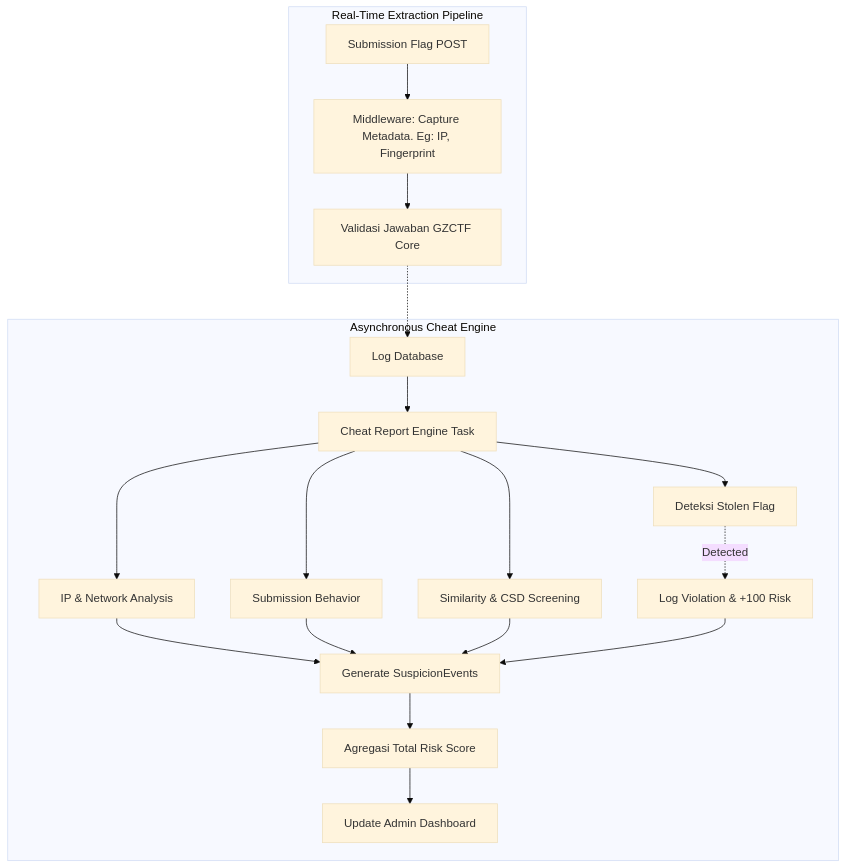
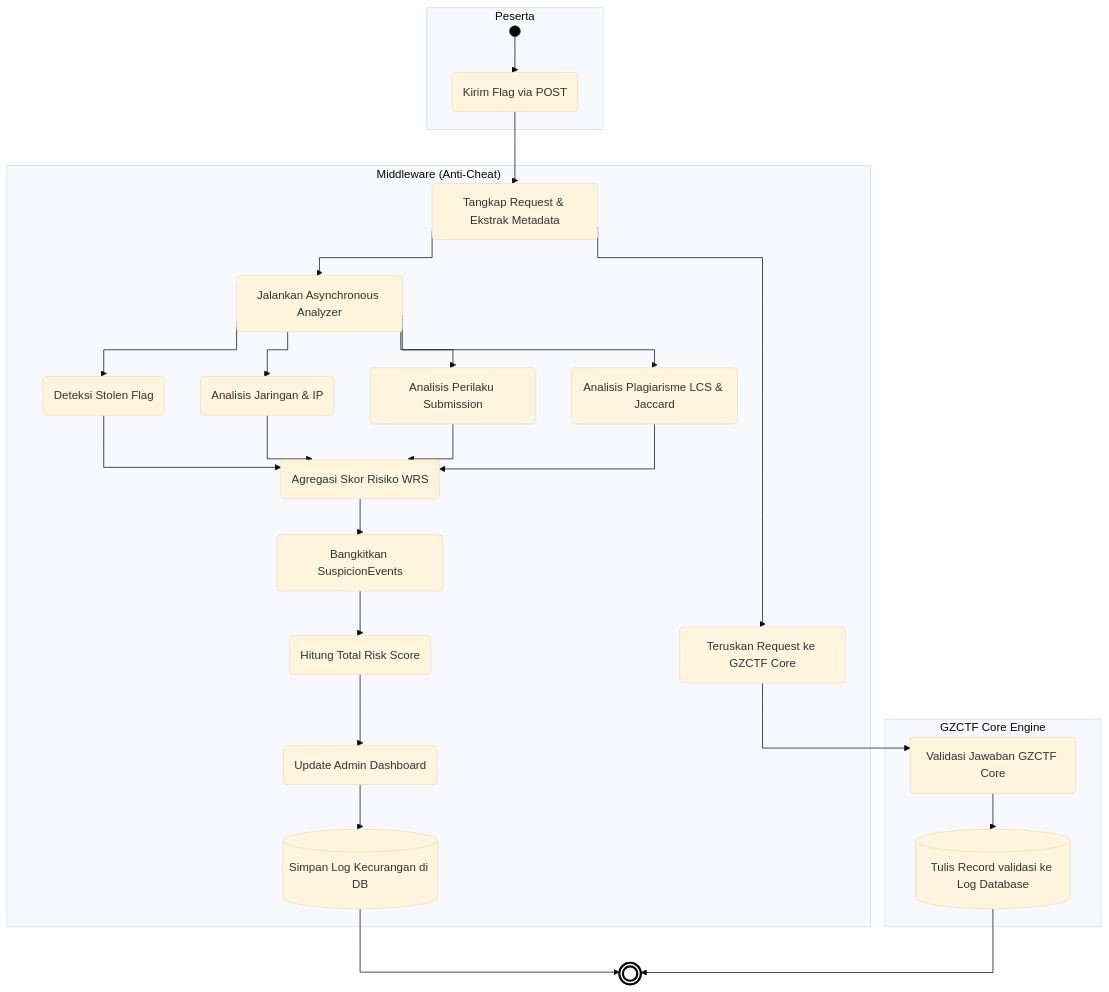
Before and after one commit to dimasma0305/proposal-skripsi: the fifth of 10 diagrams in index.qmd, drawn with Mermaid (base theme). The commit also changed other lines of this file and 1 other file, not shown here.

Commit message:
docs: Add detailed explanations for mathematical formulas and refine Mermaid diagram styling and structure.

````diff
--- a/index.qmd
+++ b/index.qmd
@@ -414,29 +510,45 @@
 ```{mermaid}
 %%| fig-cap: "Activity Diagram Alur Deteksi Kecurangan"
 %%| fig-width: 6.5
 %%| label: fig-activity
+%%{init: {"flowchart": {"curve": "stepBefore"}}}%%
 flowchart TD
-    subgraph RealTime [Real-Time Extraction Pipeline]
-        Submit[Submission Flag POST] --> Middleware[Middleware: Capture Metadata. Eg: IP, Fingerprint]
-        Middleware --> Logic[Validasi Jawaban GZCTF Core]
-    end
-
-    subgraph AsyncEngine [Asynchronous Cheat Engine]
-        Logs[Log Database] --> Analyzer[Cheat Report Engine Task]
-        Analyzer --> CheckStolen[Deteksi Stolen Flag]
-        CheckStolen -.->|Detected| Violations[Log Violation & +100 Risk]
-        Analyzer --> Network[IP & Network Analysis]
-        Analyzer --> Behavior[Submission Behavior]
-        Analyzer --> Plagiarism[Similarity & CSD Screening]
-        
-        Network --> Events[Generate SuspicionEvents]
-        Behavior --> Events
-        Plagiarism --> Events
-        Violations --> Events
-        
-        Events --> RiskCalc[Agregasi Total Risk Score]
-        RiskCalc --> Dashboard[Update Admin Dashboard]
+    classDef startEnd fill:#000,stroke:#333,color:#fff,shape:circle;
+    classDef final fill:#fff,stroke:#000,stroke-width:3px;
+    
+    Start(( )):::startEnd
+    End((( ))):::final
+    
+    subgraph Peserta
+        Start --> Submit(Kirim Flag via POST)
     end
     
-    Logic -.-> Logs
+    subgraph Middleware["Middleware (Anti-Cheat)"]
+        Submit --> Intercept(Tangkap Request & Ekstrak Metadata)
+        Intercept --> AsyncAnalyze(Jalankan Asynchronous Analyzer)
+        Intercept --> Forward(Teruskan Request ke GZCTF Core)
+        
+        AsyncAnalyze --> CekStolen(Deteksi Stolen Flag)
+        AsyncAnalyze --> CekNetwork(Analisis Jaringan & IP)
+        AsyncAnalyze --> CekBehavior(Analisis Perilaku Submission)
+        AsyncAnalyze --> CekPlagiasi(Analisis Plagiarisme LCS & Jaccard)
+        
+        CekStolen --> Agregasi(Agregasi Skor Risiko WRS)
+        CekNetwork --> Agregasi
+        CekBehavior --> Agregasi
+        CekPlagiasi --> Agregasi
+        
+        Agregasi --> Trans(Bangkitkan SuspicionEvents)
+        Trans --> KalkTotal(Hitung Total Risk Score)
+        KalkTotal --> Dashboard(Update Admin Dashboard)
+        Dashboard --> SimpanDB[(Simpan Log Kecurangan di DB)]
+    end
+    
+    subgraph GZCTFCore["GZCTF Core Engine"]
+        Forward --> Validasi(Validasi Jawaban GZCTF Core)
+        Validasi --> Logs[(Tulis Record validasi ke Log Database)]
+    end
+    
+    SimpanDB --> End
+    Logs --> End
 ```
````
